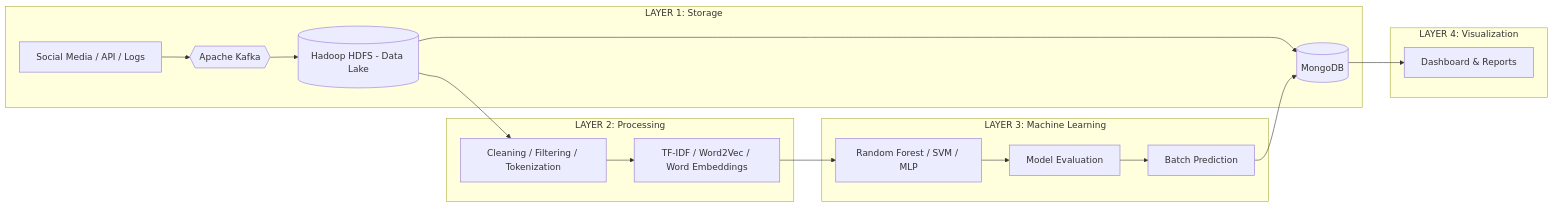
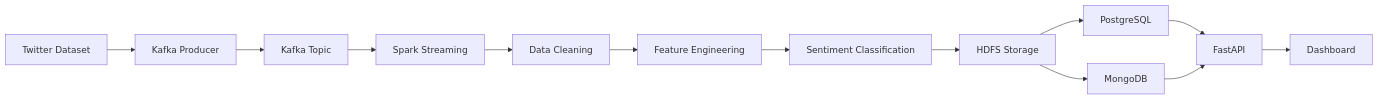
Before and after one commit to tonthatgiahuy16/social-media-sentiment-bigdata-pipeline: the diagram in README.md, drawn with Mermaid. The commit also changed other lines of this file, not shown here.

````diff
--- a/README.md
+++ b/README.md
@@ -78,24 +89,27 @@
 ```mermaid
-graph LR
-    subgraph "LAYER 1: Storage"
-        A[Social Media / API / Logs] --> B{{Apache Kafka}}
-        B --> C[(Hadoop HDFS - Data Lake)]
-        C --> D[(MongoDB)]
-    end
+flowchart LR
 
-    subgraph "LAYER 2: Processing"
-        C --> E[Cleaning / Filtering / Tokenization]
-        E --> F[TF-IDF / Word2Vec / Word Embeddings]
-    end
+A[Twitter Dataset] --> B[Kafka Producer]
 
-    subgraph "LAYER 3: Machine Learning"
-        F --> G[Random Forest / SVM / MLP]
-        G --> H[Model Evaluation]
-        H --> I[Batch Prediction]
-        I --> D
-    end
+B --> C[Kafka Topic]
 
-    subgraph "LAYER 4: Visualization"
-        D --> J[Dashboard & Reports]
-    end
+C --> D[Spark Streaming]
+
+D --> E[Data Cleaning]
+
+E --> F[Feature Engineering]
+
+F --> G[Sentiment Classification]
+
+G --> H[HDFS Storage]
+
+H --> I[PostgreSQL]
+
+H --> J[MongoDB]
+
+I --> K[FastAPI]
+
+J --> K
+
+K --> L[Dashboard]
 ```
````
